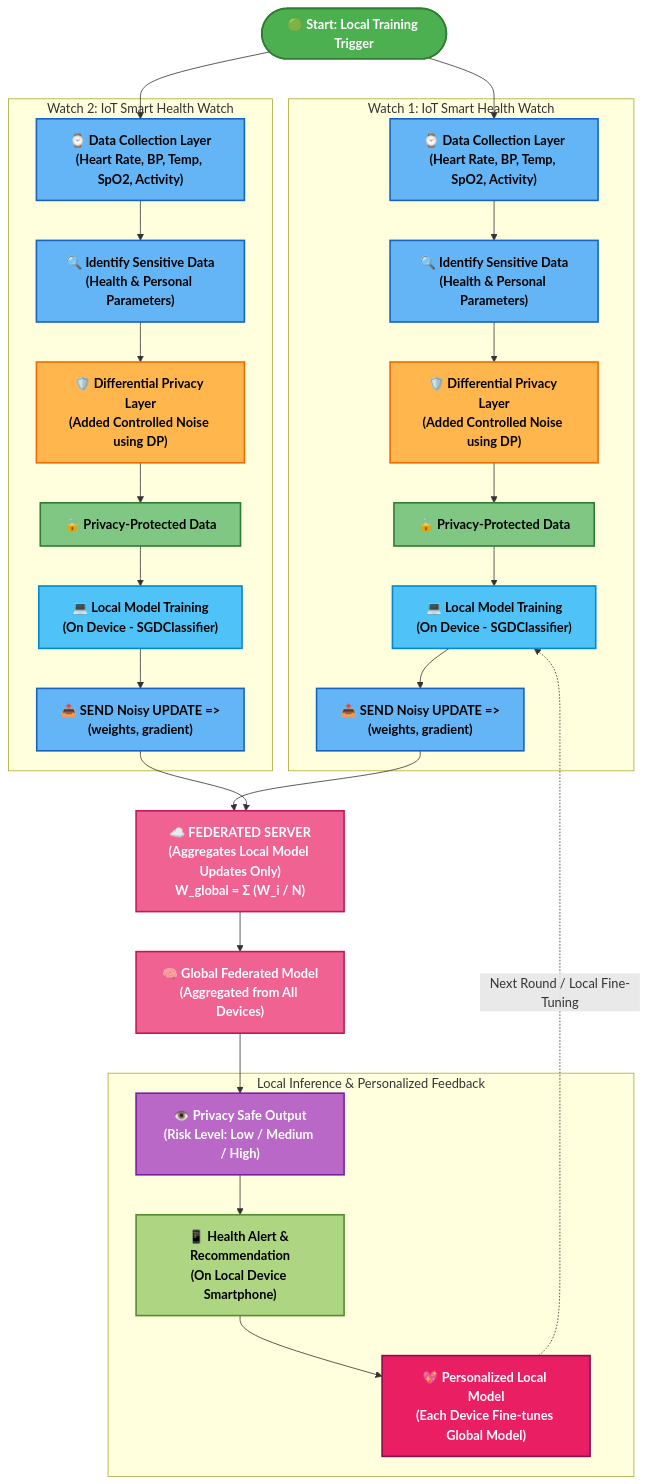
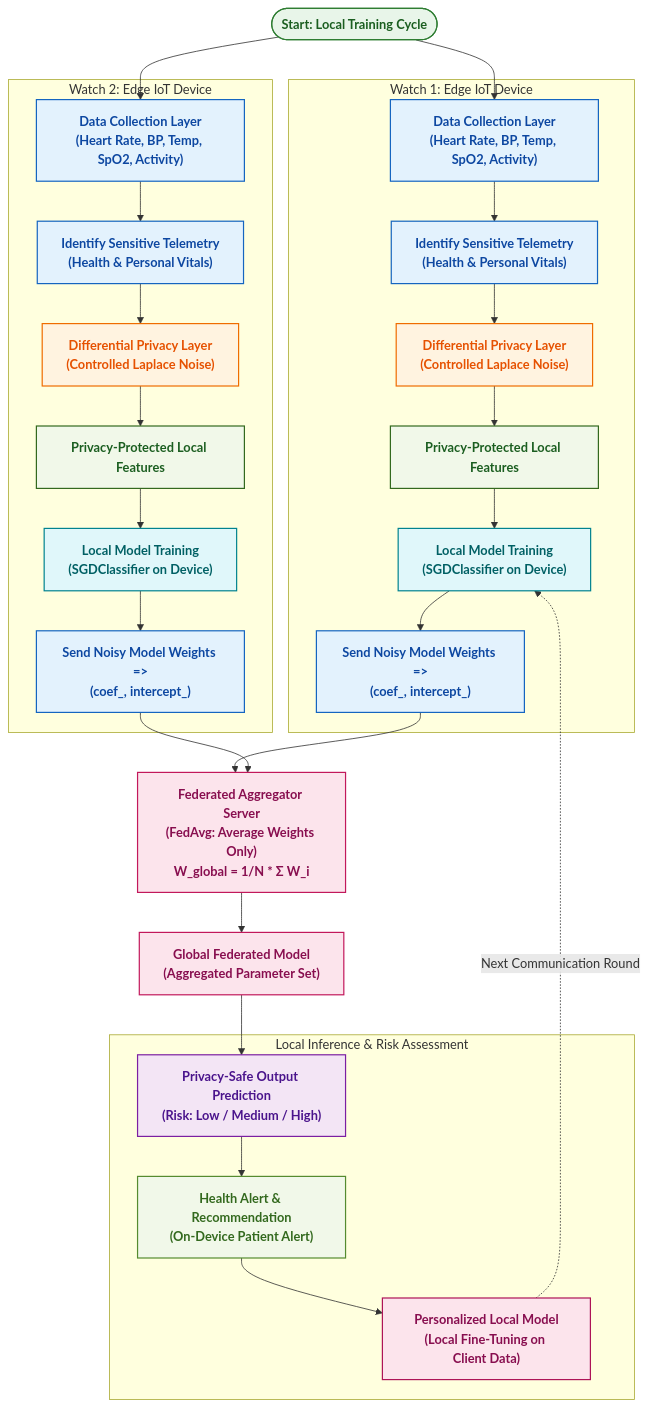
Before and after one commit to Anurag-kushwaha2207/Federated-Privacy: the diagram in README.md, drawn with Mermaid. The commit also changed other lines of this file, not shown here.

````diff
--- a/README.md
+++ b/README.md
@@ -17,48 +15,48 @@
 ```mermaid
 flowchart TD
-    classDef startNode fill:#4CAF50,stroke:#2E7D32,stroke-width:2px,color:#fff,font-weight:bold;
-    classDef deviceNode fill:#64B5F6,stroke:#1565C0,stroke-width:2px,color:#000,font-weight:bold;
-    classDef dpNode fill:#FFB74D,stroke:#EF6C00,stroke-width:2px,color:#000,font-weight:bold;
-    classDef privData fill:#81C784,stroke:#2E7D32,stroke-width:2px,color:#000,font-weight:bold;
-    classDef trainNode fill:#4FC3F7,stroke:#0288D1,stroke-width:2px,color:#000,font-weight:bold;
-    classDef serverNode fill:#F06292,stroke:#C2185B,stroke-width:2px,color:#fff,font-weight:bold;
-    classDef outputNode fill:#BA68C8,stroke:#7B1FA2,stroke-width:2px,color:#fff,font-weight:bold;
-    classDef alertNode fill:#AED581,stroke:#558B2F,stroke-width:2px,color:#000,font-weight:bold;
-    classDef persNode fill:#E91E63,stroke:#880E4F,stroke-width:2px,color:#fff,font-weight:bold;
+    classDef startNode fill:#E8F5E9,stroke:#2E7D32,stroke-width:1.5px,color:#1B5E20,font-weight:bold;
+    classDef deviceNode fill:#E3F2FD,stroke:#1565C0,stroke-width:1.5px,color:#0D47A1,font-weight:bold;
+    classDef dpNode fill:#FFF3E0,stroke:#EF6C00,stroke-width:1.5px,color:#E65100,font-weight:bold;
+    classDef privData fill:#F1F8E9,stroke:#33691E,stroke-width:1.5px,color:#1B5E20,font-weight:bold;
+    classDef trainNode fill:#E0F7FA,stroke:#00838F,stroke-width:1.5px,color:#006064,font-weight:bold;
+    classDef serverNode fill:#FCE4EC,stroke:#C2185B,stroke-width:1.5px,color:#880E4F,font-weight:bold;
+    classDef outputNode fill:#F3E5F5,stroke:#7B1FA2,stroke-width:1.5px,color:#4A148C,font-weight:bold;
+    classDef alertNode fill:#F1F8E9,stroke:#558B2F,stroke-width:1.5px,color:#33691E,font-weight:bold;
+    classDef persNode fill:#FCE4EC,stroke:#AD1457,stroke-width:1.5px,color:#880E4F,font-weight:bold;
 
-    Start([🟢 Start: Local Training Trigger]):::startNode
+    Start([Start: Local Training Cycle]):::startNode
 
-    subgraph Client1 ["Watch 1: IoT Smart Health Watch"]
-        D1["⌚ Data Collection Layer\n(Heart Rate, BP, Temp, SpO2, Activity)"]:::deviceNode
-        S1["🔍 Identify Sensitive Data\n(Health & Personal Parameters)"]:::deviceNode
-        DP1["🛡️ Differential Privacy Layer\n(Added Controlled Noise using DP)"]:::dpNode
-        P1["🔒 Privacy-Protected Data"]:::privData
-        T1["💻 Local Model Training\n(On Device - SGDClassifier)"]:::trainNode
-        U1["📤 SEND Noisy UPDATE =>\n(weights, gradient)"]:::deviceNode
+    subgraph Client1 ["Watch 1: Edge IoT Device"]
+        D1["Data Collection Layer\n(Heart Rate, BP, Temp, SpO2, Activity)"]:::deviceNode
+        S1["Identify Sensitive Telemetry\n(Health & Personal Vitals)"]:::deviceNode
+        DP1["Differential Privacy Layer\n(Controlled Laplace Noise)"]:::dpNode
+        P1["Privacy-Protected Local Features"]:::privData
+        T1["Local Model Training\n(SGDClassifier on Device)"]:::trainNode
+        U1["Send Noisy Model Weights =>\n(coef_, intercept_)"]:::deviceNode
     end
 
-    subgraph Client2 ["Watch 2: IoT Smart Health Watch"]
-        D2["⌚ Data Collection Layer\n(Heart Rate, BP, Temp, SpO2, Activity)"]:::deviceNode
-        S2["🔍 Identify Sensitive Data\n(Health & Personal Parameters)"]:::deviceNode
-        DP2["🛡️ Differential Privacy Layer\n(Added Controlled Noise using DP)"]:::dpNode
-        P2["🔒 Privacy-Protected Data"]:::privData
-        T2["💻 Local Model Training\n(On Device - SGDClassifier)"]:::trainNode
-        U2["📤 SEND Noisy UPDATE =>\n(weights, gradient)"]:::deviceNode
+    subgraph Client2 ["Watch 2: Edge IoT Device"]
+        D2["Data Collection Layer\n(Heart Rate, BP, Temp, SpO2, Activity)"]:::deviceNode
+        S2["Identify Sensitive Telemetry\n(Health & Personal Vitals)"]:::deviceNode
+        DP2["Differential Privacy Layer\n(Controlled Laplace Noise)"]:::dpNode
+        P2["Privacy-Protected Local Features"]:::privData
+        T2["Local Model Training\n(SGDClassifier on Device)"]:::trainNode
+        U2["Send Noisy Model Weights =>\n(coef_, intercept_)"]:::deviceNode
     end
 
-    Server["☁️ FEDERATED SERVER\n(Aggregates Local Model Updates Only)\nW_global = Σ (W_i / N)"]:::serverNode
-    GlobalModel["🧠 Global Federated Model\n(Aggregated from All Devices)"]:::serverNode
+    Server["Federated Aggregator Server\n(FedAvg: Average Weights Only)\nW_global = 1/N * Σ W_i"]:::serverNode
+    GlobalModel["Global Federated Model\n(Aggregated Parameter Set)"]:::serverNode
 
-    subgraph Inference ["Local Inference & Personalized Feedback"]
-        O1["👁️ Privacy Safe Output\n(Risk Level: Low / Medium / High)"]:::outputNode
-        A1["📱 Health Alert & Recommendation\n(On Local Device Smartphone)"]:::alertNode
-        Pers1["💖 Personalized Local Model\n(Each Device Fine-tunes Global Model)"]:::persNode
+    subgraph Evaluation ["Local Inference & Risk Assessment"]
+        O1["Privacy-Safe Output Prediction\n(Risk: Low / Medium / High)"]:::outputNode
+        A1["Health Alert & Recommendation\n(On-Device Patient Alert)"]:::alertNode
+        Pers1["Personalized Local Model\n(Local Fine-Tuning on Client Data)"]:::persNode
     end
 
     Start --> D1 & D2
     D1 --> S1 --> DP1 --> P1 --> T1 --> U1
     D2 --> S2 --> DP2 --> P2 --> T2 --> U2
     U1 & U2 --> Server --> GlobalModel
     GlobalModel --> O1 --> A1 --> Pers1
-    Pers1 -.->|Next Round / Local Fine-Tuning| T1
+    Pers1 -.->|Next Communication Round| T1
 ```
````
